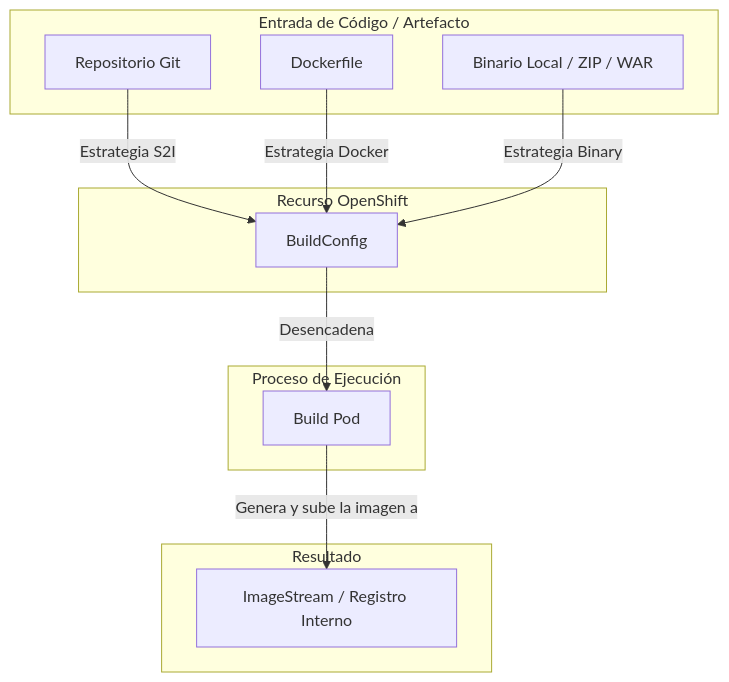
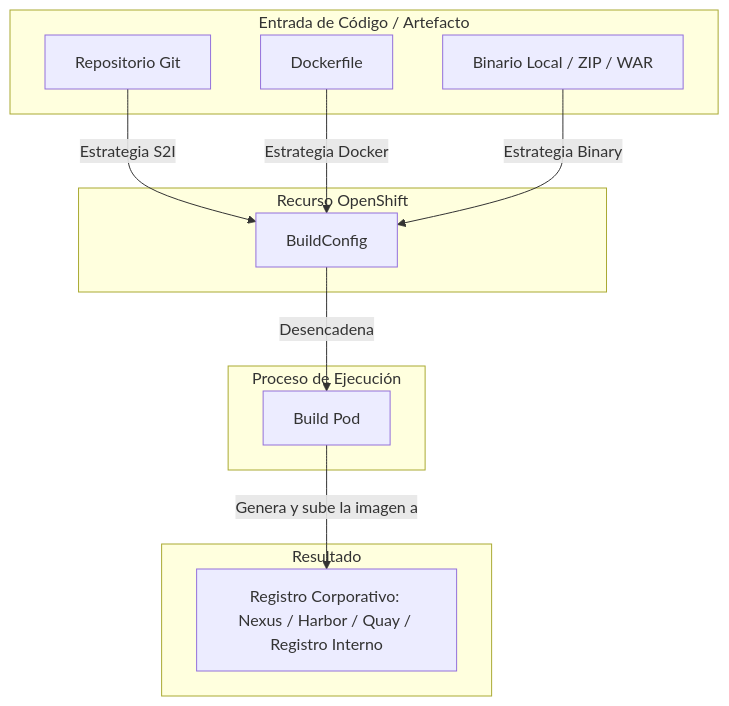
One commit to ieftraining/curso-openshift changed the second of 8 diagrams in docs/sesion4/4.5 Construir en la plataforma.md. Above: the diagram before and after it, drawn with Mermaid. The commit also changed other lines of this file, not shown here.

````diff
--- a/docs/sesion4/4.5 Construir en la plataforma.md
+++ b/docs/sesion4/4.5 Construir en la plataforma.md
@@ -52,27 +52,27 @@
 ```mermaid
 flowchart TD
     subgraph Entrada de Código / Artefacto
         A[Repositorio Git] 
         B[Dockerfile]
         C[Binario Local / ZIP / WAR]
     end
 
     subgraph Recurso OpenShift
         BC[BuildConfig]
     end
 
     subgraph Proceso de Ejecución
         Build[Build Pod]
     end
 
     subgraph Resultado
-        IS[ImageStream / Registro Interno]
+        RegCorp[Registro Corporativo: Nexus / Harbor / Quay / Registro Interno]
     end
 
     A -->|Estrategia S2I| BC
     B -->|Estrategia Docker| BC
     C -->|Estrategia Binary| BC
 
     BC -->|Desencadena| Build
-    Build -->|Genera y sube la imagen a| IS
+    Build -->|Genera y sube la imagen a| RegCorp
 ```
````
